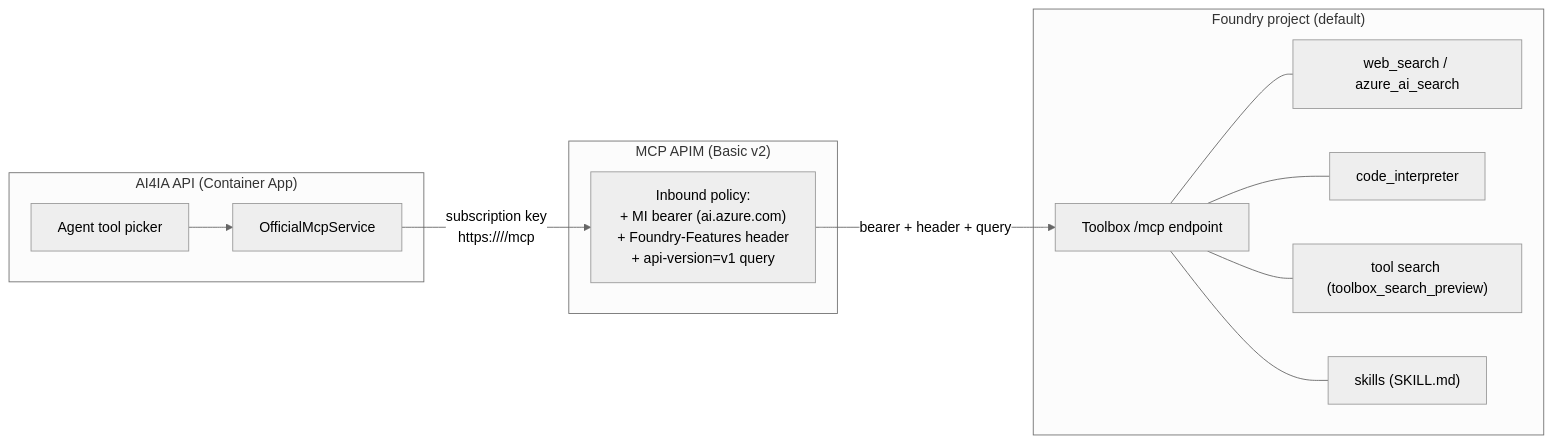
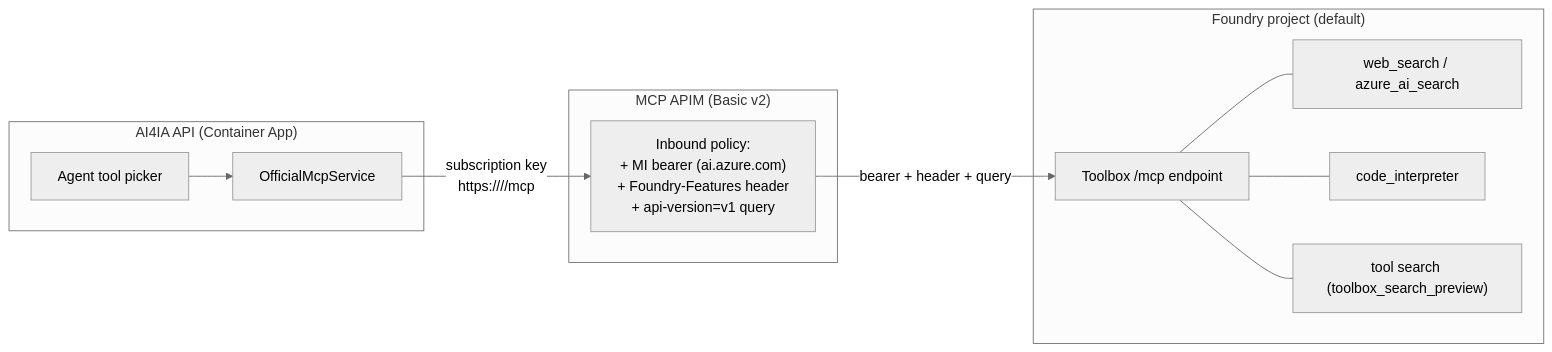
The diagram in docs/foundry-toolbox.md (ian-t-adams/AI4IA), drawn with Mermaid (neutral theme) before and after one commit. The commit also changed other lines of this file and 19 other files, not shown here.

````diff
--- a/docs/foundry-toolbox.md
+++ b/docs/foundry-toolbox.md
@@ -60,20 +60,19 @@
 ```mermaid
 flowchart LR
     subgraph app["AI4IA API (Container App)"]
         picker["Agent tool picker"]
         mcpsvc["OfficialMcpService"]
     end
     subgraph apim["MCP APIM (Basic v2)"]
         pol["Inbound policy:\n+ MI bearer (ai.azure.com)\n+ Foundry-Features header\n+ api-version=v1 query"]
     end
     subgraph foundry["Foundry project (default)"]
         tb["Toolbox /mcp endpoint"]
         t1["web_search / azure_ai_search"]
         t2["code_interpreter"]
         t3["tool search (toolbox_search_preview)"]
-        sk["skills (SKILL.md)"]
     end
     picker --> mcpsvc -->|"subscription key\nhttps://<mcp-apim>/<name>/mcp"| pol
     pol -->|"bearer + header + query"| tb
-    tb --- t1 & t2 & t3 & sk
+    tb --- t1 & t2 & t3
 ```
````
